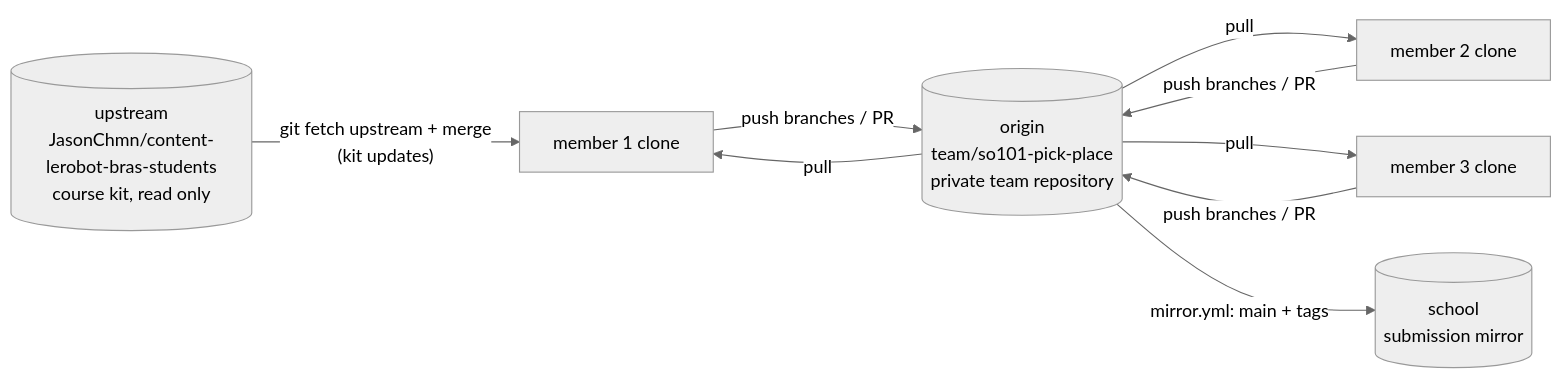
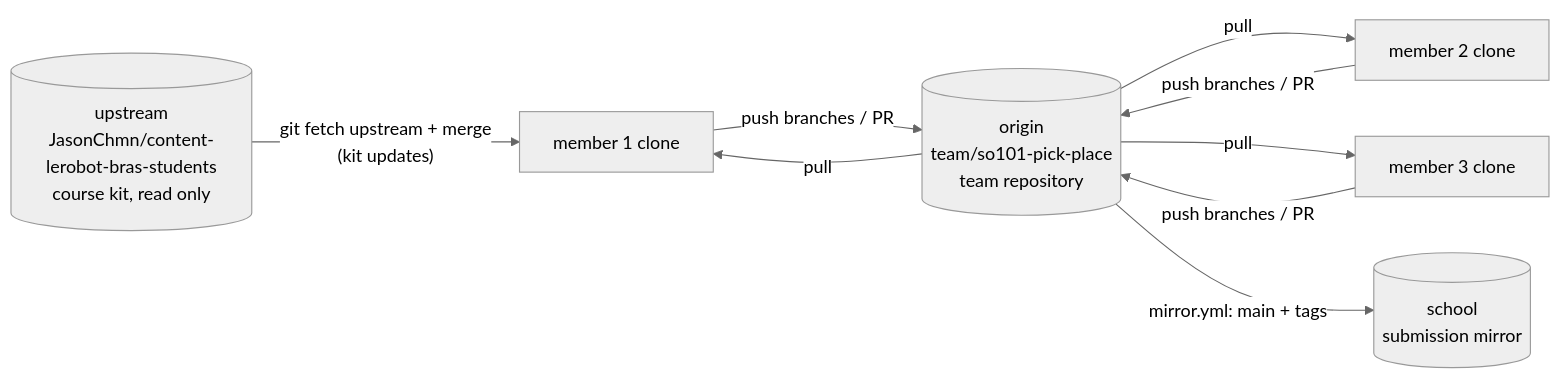
The first of 7 diagrams in docs/project/15_repository_hygiene.md (FoxaxeWasTaken/Robotics), drawn with Mermaid (neutral theme) before and after one commit. The commit also changed other lines of this file and 9 other files, not shown here.

````diff
--- a/docs/project/15_repository_hygiene.md
+++ b/docs/project/15_repository_hygiene.md
@@ -22,16 +22,16 @@
 ```mermaid
 flowchart LR
   U[("upstream<br/>JasonChmn/content-lerobot-bras-students<br/>course kit, read only")]
-  O[("origin<br/>team/so101-pick-place<br/>private team repository")]
+  O[("origin<br/>team/so101-pick-place<br/>team repository")]
   L1["member 1 clone"]
   L2["member 2 clone"]
   L3["member 3 clone"]
   U -- "git fetch upstream + merge<br/>(kit updates)" --> L1
   L1 -- "push branches / PR" --> O
   L2 -- "push branches / PR" --> O
   L3 -- "push branches / PR" --> O
   O -- "pull" --> L1
   O -- "pull" --> L2
   O -- "pull" --> L3
   O -- "mirror.yml: main + tags" --> SC[("school<br/>submission mirror")]
 ```
````
